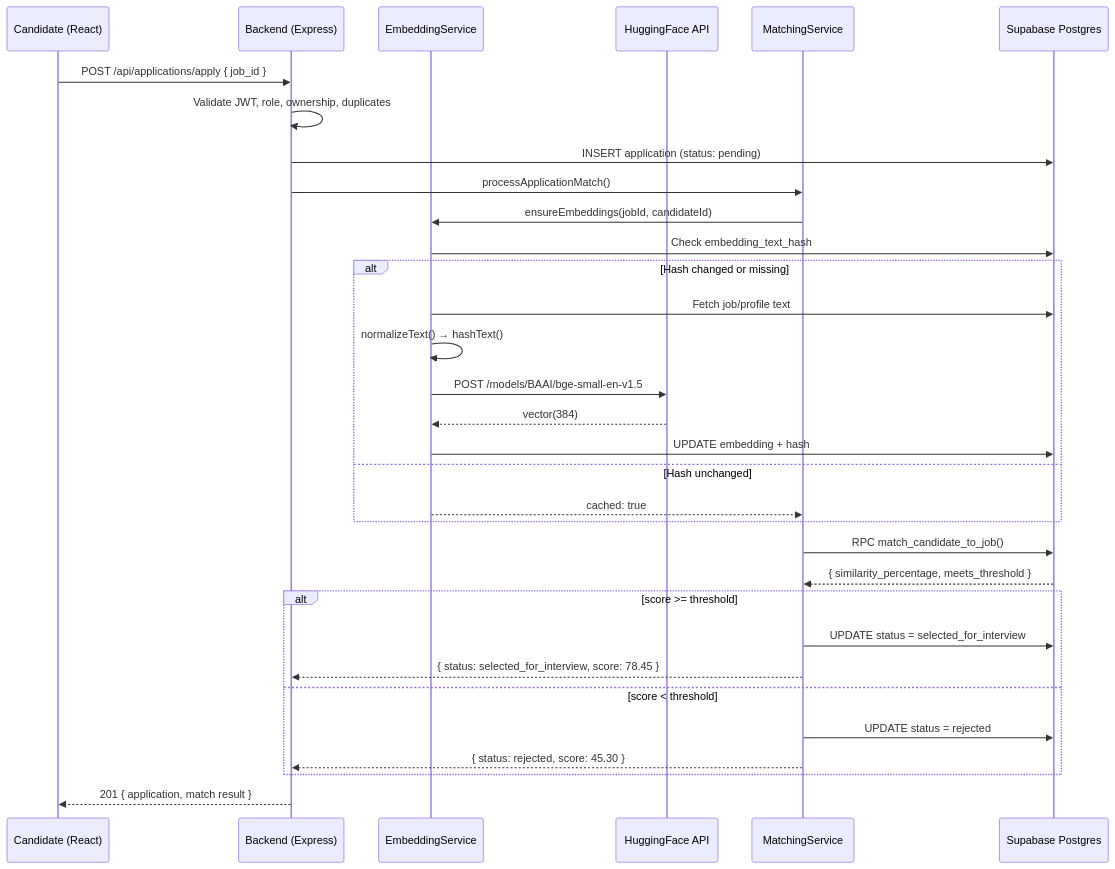
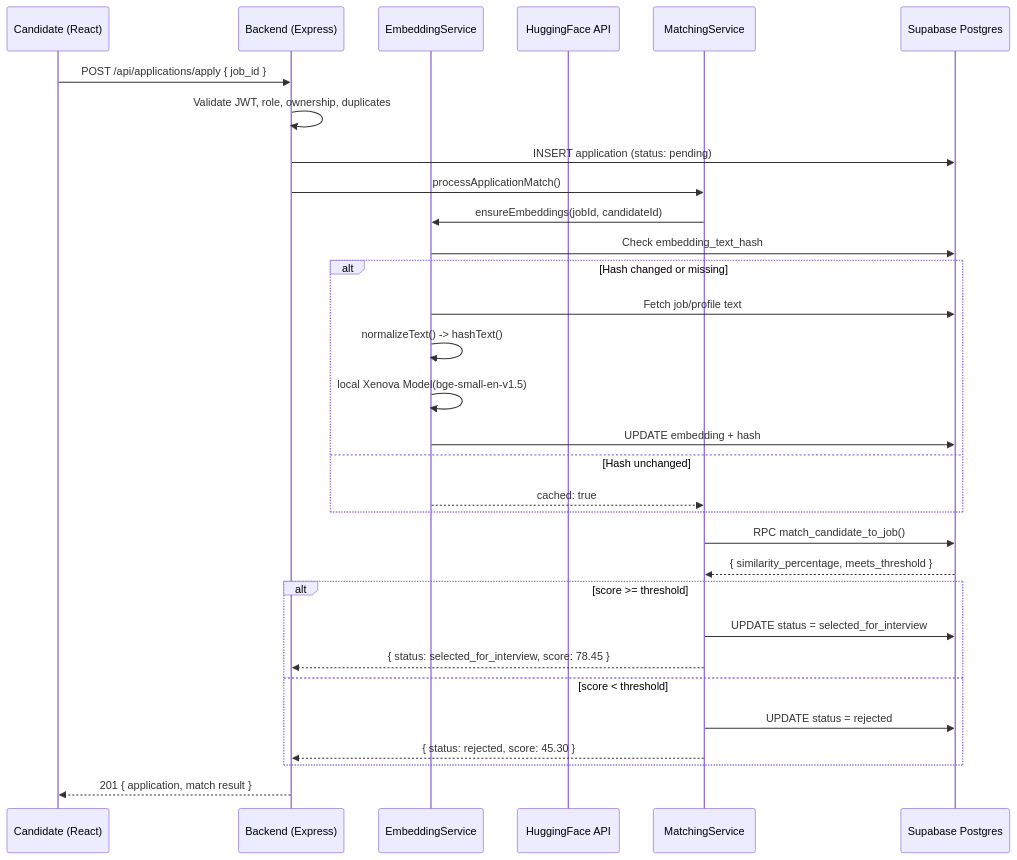
The second of 3 diagrams in rules/SystemDesign.md (Maham-Javed/FYP_Project), drawn with Mermaid before and after one commit. The commit also changed other lines of this file and 7 other files, not shown here.

````diff
--- a/rules/SystemDesign.md
+++ b/rules/SystemDesign.md
@@ -105,40 +105,39 @@
 ```mermaid
 sequenceDiagram
     participant C as Candidate (React)
     participant B as Backend (Express)
     participant ES as EmbeddingService
     participant HF as HuggingFace API
     participant MS as MatchingService
     participant DB as Supabase Postgres
 
     C->>B: POST /api/applications/apply { job_id }
     B->>B: Validate JWT, role, ownership, duplicates
     B->>DB: INSERT application (status: pending)
     B->>MS: processApplicationMatch()
 
     MS->>ES: ensureEmbeddings(jobId, candidateId)
     ES->>DB: Check embedding_text_hash
     
     alt Hash changed or missing
         ES->>DB: Fetch job/profile text
-        ES->>ES: normalizeText() → hashText()
-        ES->>HF: POST /models/BAAI/bge-small-en-v1.5
-        HF-->>ES: vector(384)
+        ES->>ES: normalizeText() -> hashText()
+        ES->>ES: local Xenova Model(bge-small-en-v1.5)
         ES->>DB: UPDATE embedding + hash
     else Hash unchanged
         ES-->>MS: cached: true
     end
 
     MS->>DB: RPC match_candidate_to_job()
     DB-->>MS: { similarity_percentage, meets_threshold }
 
     alt score >= threshold
         MS->>DB: UPDATE status = selected_for_interview
         MS-->>B: { status: selected_for_interview, score: 78.45 }
     else score < threshold
         MS->>DB: UPDATE status = rejected
         MS-->>B: { status: rejected, score: 45.30 }
     end
 
     B-->>C: 201 { application, match result }
 ```
````
